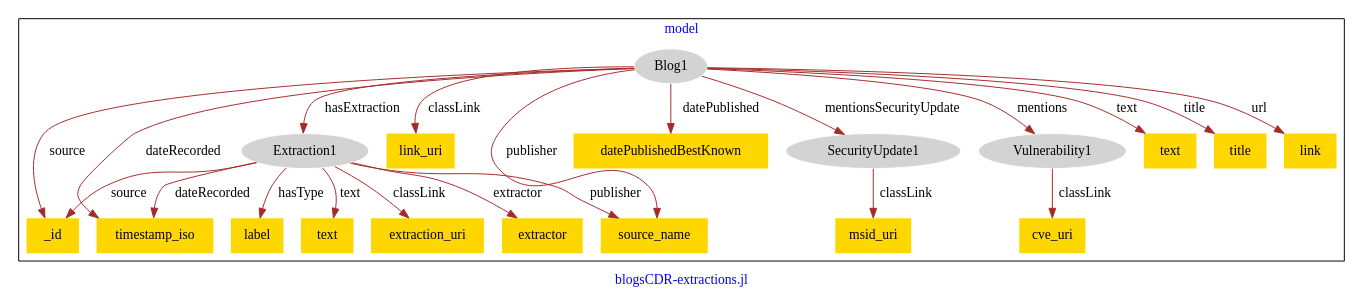
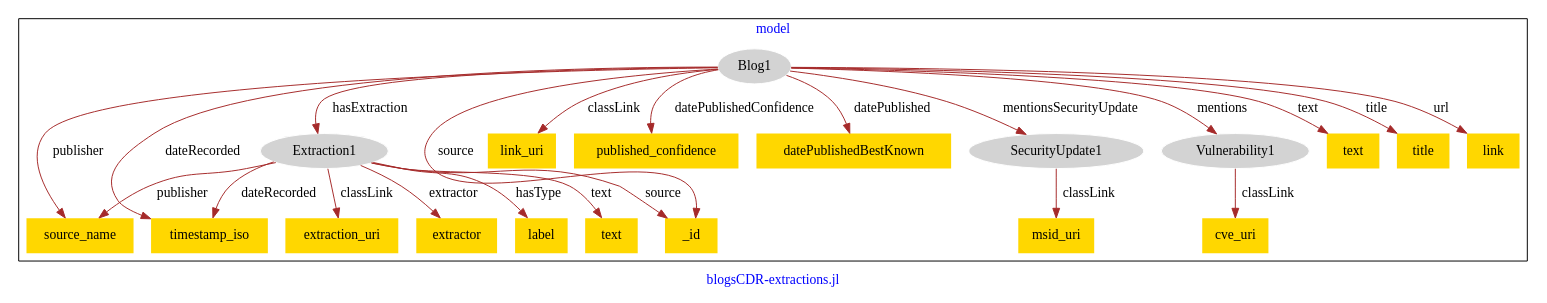
One commit to usc-isi-i2/effect-alignment changed the diagram in models/hg-blogs/blogs-model.dot. Above: the diagram before and after it, drawn with Graphviz.

Commit message:
Update file blogs-model.dot

```diff
--- a/models/hg-blogs/blogs-model.dot
+++ b/models/hg-blogs/blogs-model.dot
@@ -1,46 +1,48 @@
 digraph n0 {
 fontcolor="blue"
 remincross="true"
 label="blogsCDR-extractions.jl"
 subgraph cluster {
 label="model"
 n2[style="filled",color="white",fillcolor="lightgray",label="Extraction1"];
 n3[shape="plaintext",style="filled",fillcolor="gold",label="extraction_uri"];
-n4[shape="plaintext",style="filled",fillcolor="gold",label="extractor"];
-n5[shape="plaintext",style="filled",fillcolor="gold",label="label"];
-n6[shape="plaintext",style="filled",fillcolor="gold",label="text"];
-n7[style="filled",color="white",fillcolor="lightgray",label="SecurityUpdate1"];
-n8[shape="plaintext",style="filled",fillcolor="gold",label="msid_uri"];
-n9[style="filled",color="white",fillcolor="lightgray",label="Vulnerability1"];
-n10[shape="plaintext",style="filled",fillcolor="gold",label="cve_uri"];
-n11[style="filled",color="white",fillcolor="lightgray",label="Blog1"];
-n12[shape="plaintext",style="filled",fillcolor="gold",label="link_uri"];
-n13[shape="plaintext",style="filled",fillcolor="gold",label="timestamp_iso"];
-n14[shape="plaintext",style="filled",fillcolor="gold",label="datePublishedBestKnown"];
-n15[shape="plaintext",style="filled",fillcolor="gold",label="source_name"];
-n16[shape="plaintext",style="filled",fillcolor="gold",label="_id"];
-n17[shape="plaintext",style="filled",fillcolor="gold",label="text"];
-n18[shape="plaintext",style="filled",fillcolor="gold",label="title"];
-n19[shape="plaintext",style="filled",fillcolor="gold",label="link"];
+n4[shape="plaintext",style="filled",fillcolor="gold",label="timestamp_iso"];
+n5[shape="plaintext",style="filled",fillcolor="gold",label="extractor"];
+n6[shape="plaintext",style="filled",fillcolor="gold",label="label"];
+n7[shape="plaintext",style="filled",fillcolor="gold",label="text"];
+n8[style="filled",color="white",fillcolor="lightgray",label="SecurityUpdate1"];
+n9[shape="plaintext",style="filled",fillcolor="gold",label="msid_uri"];
+n10[style="filled",color="white",fillcolor="lightgray",label="Vulnerability1"];
+n11[shape="plaintext",style="filled",fillcolor="gold",label="cve_uri"];
+n12[style="filled",color="white",fillcolor="lightgray",label="Blog1"];
+n13[shape="plaintext",style="filled",fillcolor="gold",label="link_uri"];
+n14[shape="plaintext",style="filled",fillcolor="gold",label="published_confidence"];
+n15[shape="plaintext",style="filled",fillcolor="gold",label="datePublishedBestKnown"];
+n16[shape="plaintext",style="filled",fillcolor="gold",label="source_name"];
+n17[shape="plaintext",style="filled",fillcolor="gold",label="_id"];
+n18[shape="plaintext",style="filled",fillcolor="gold",label="text"];
+n19[shape="plaintext",style="filled",fillcolor="gold",label="title"];
+n20[shape="plaintext",style="filled",fillcolor="gold",label="link"];
 }
 n2 -> n3[color="brown",fontcolor="black",label="classLink"]
-n2 -> n4[color="brown",fontcolor="black",label="extractor"]
-n2 -> n5[color="brown",fontcolor="black",label="hasType"]
-n2 -> n6[color="brown",fontcolor="black",label="text"]
-n7 -> n8[color="brown",fontcolor="black",label="classLink"]
-n9 -> n10[color="brown",fontcolor="black",label="classLink"]
-n11 -> n12[color="brown",fontcolor="black",label="classLink"]
-n11 -> n13[color="brown",fontcolor="black",label="dateRecorded"]
-n11 -> n2[color="brown",fontcolor="black",label="hasExtraction"]
-n11 -> n7[color="brown",fontcolor="black",label="mentionsSecurityUpdate"]
-n11 -> n14[color="brown",fontcolor="black",label="datePublished"]
-n11 -> n9[color="brown",fontcolor="black",label="mentions"]
-n11 -> n15[color="brown",fontcolor="black",label="publisher"]
-n11 -> n16[color="brown",fontcolor="black",label="source"]
-n11 -> n17[color="brown",fontcolor="black",label="text"]
-n11 -> n18[color="brown",fontcolor="black",label="title"]
-n11 -> n19[color="brown",fontcolor="black",label="url"]
-n2 -> n15[color="brown",fontcolor="black",label="publisher"]
-n2 -> n13[color="brown",fontcolor="black",label="dateRecorded"]
-n2 -> n16[color="brown",fontcolor="black",label="source"]
+n2 -> n4[color="brown",fontcolor="black",label="dateRecorded"]
+n2 -> n5[color="brown",fontcolor="black",label="extractor"]
+n2 -> n6[color="brown",fontcolor="black",label="hasType"]
+n2 -> n7[color="brown",fontcolor="black",label="text"]
+n8 -> n9[color="brown",fontcolor="black",label="classLink"]
+n10 -> n11[color="brown",fontcolor="black",label="classLink"]
+n12 -> n13[color="brown",fontcolor="black",label="classLink"]
+n12 -> n14[color="brown",fontcolor="black",label="datePublishedConfidence"]
+n12 -> n4[color="brown",fontcolor="black",label="dateRecorded"]
+n12 -> n15[color="brown",fontcolor="black",label="datePublished"]
+n12 -> n16[color="brown",fontcolor="black",label="publisher"]
+n12 -> n17[color="brown",fontcolor="black",label="source"]
+n12 -> n18[color="brown",fontcolor="black",label="text"]
+n12 -> n19[color="brown",fontcolor="black",label="title"]
+n12 -> n20[color="brown",fontcolor="black",label="url"]
+n12 -> n8[color="brown",fontcolor="black",label="mentionsSecurityUpdate"]
+n12 -> n2[color="brown",fontcolor="black",label="hasExtraction"]
+n2 -> n17[color="brown",fontcolor="black",label="source"]
+n2 -> n16[color="brown",fontcolor="black",label="publisher"]
+n12 -> n10[color="brown",fontcolor="black",label="mentions"]
 }
```
